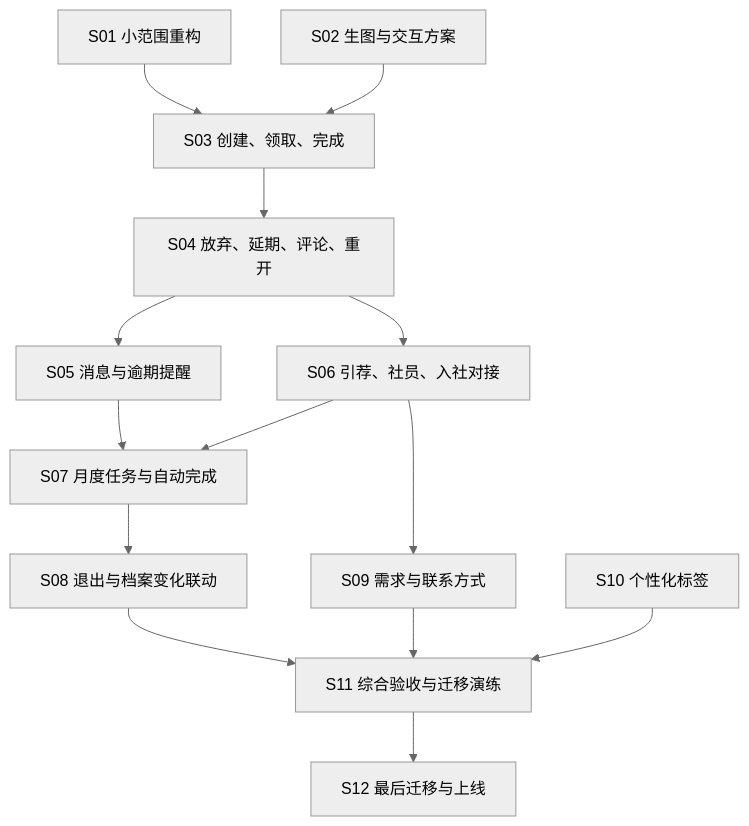
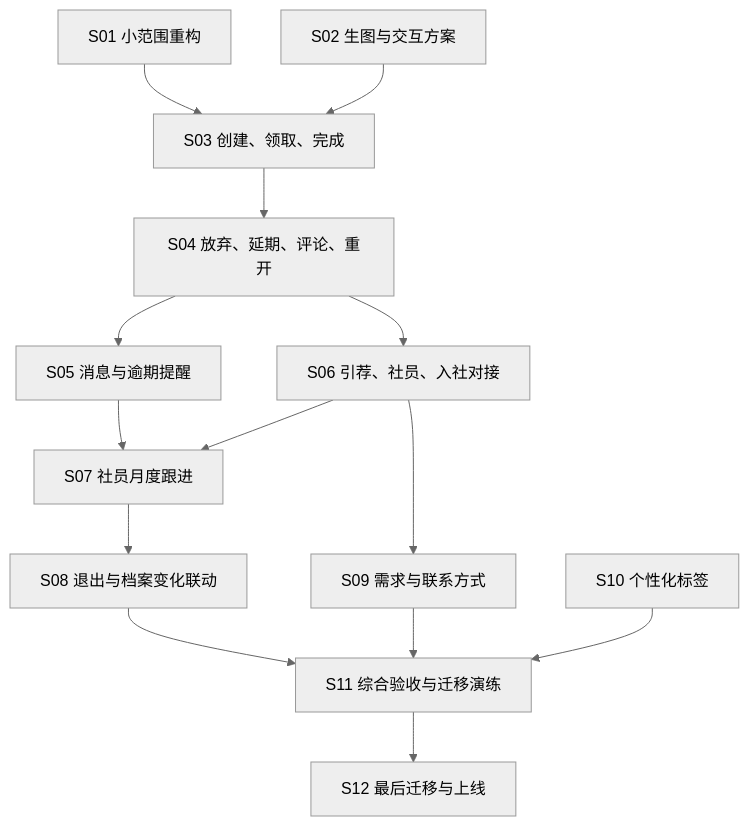
One commit to BreakfastDaPaiDang/commie-talent-scout changed the diagram in docs/releases/1.0.0/README.md. Above: the diagram before and after it, drawn with Mermaid (neutral theme). The commit also changed other lines of this file and 18 other files, not shown here.

````diff
--- a/docs/releases/1.0.0/README.md
+++ b/docs/releases/1.0.0/README.md
@@ -76,16 +73,16 @@
 ```mermaid
 flowchart TD
   S01["S01 小范围重构"] --> S03["S03 创建、领取、完成"]
   S02["S02 生图与交互方案"] --> S03
   S03 --> S04["S04 放弃、延期、评论、重开"]
   S04 --> S05["S05 消息与逾期提醒"]
   S04 --> S06["S06 引荐、社员、入社对接"]
-  S05 --> S07["S07 月度任务与自动完成"]
+  S05 --> S07["S07 社员月度跟进"]
   S06 --> S07
   S07 --> S08["S08 退出与档案变化联动"]
   S06 --> S09["S09 需求与联系方式"]
   S08 --> S11["S11 综合验收与迁移演练"]
   S09 --> S11
   S10["S10 个性化标签"] --> S11
   S11 --> S12["S12 最后迁移与上线"]
 ```
````
